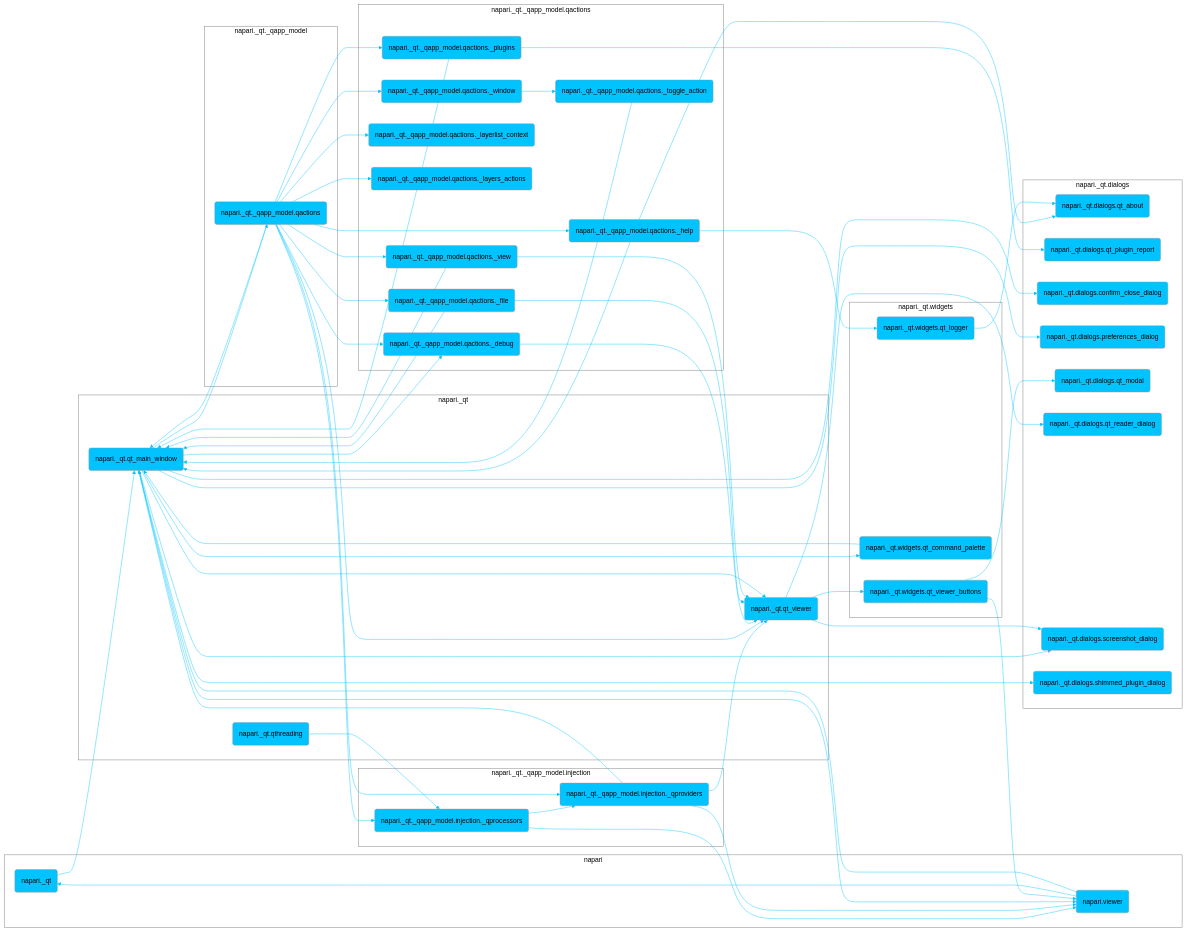
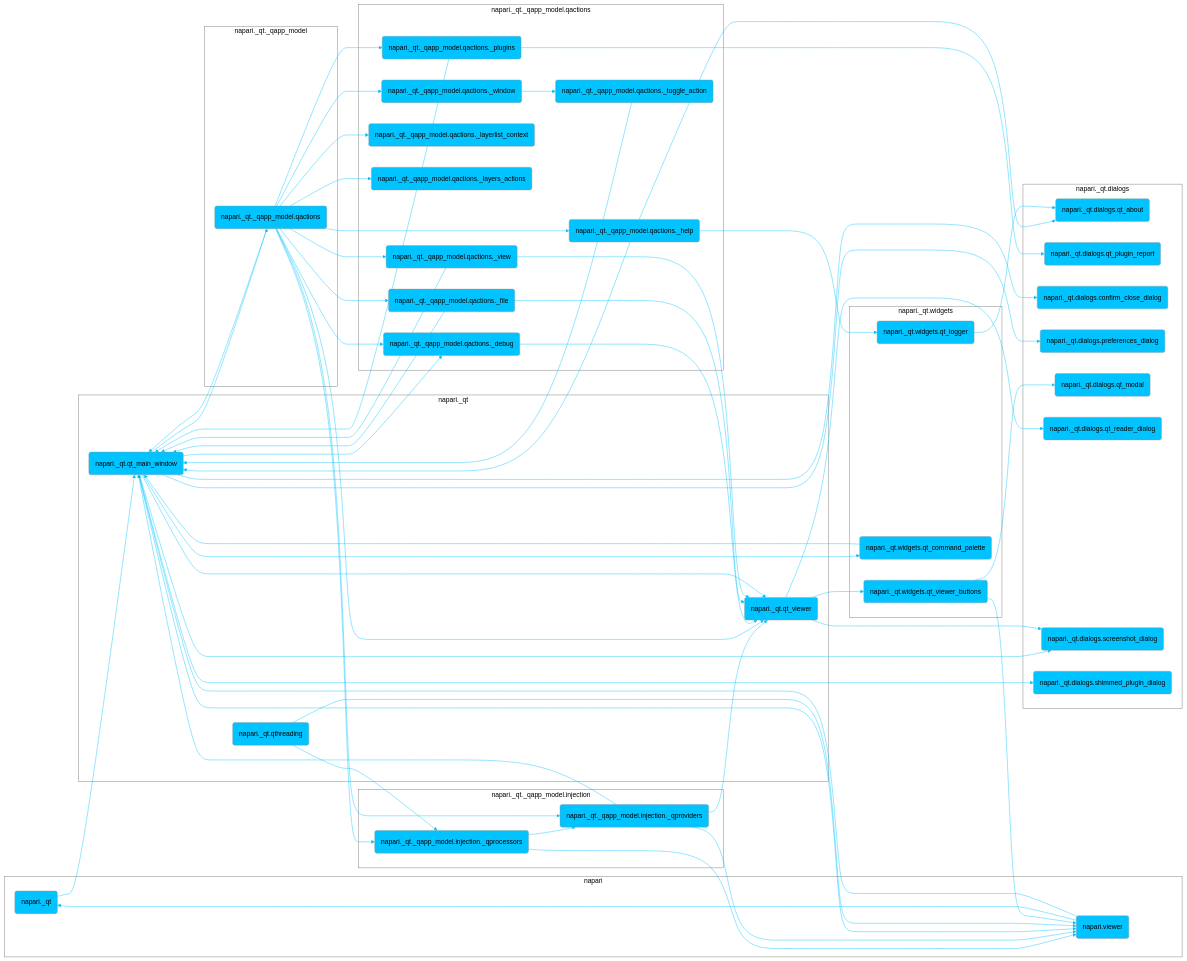
One commit to napari/napari.github.io changed the diagram in dev/_sources/developers/architecture/ui_sections/application_menus_ui.md. Above: the diagram before and after it, drawn with Mermaid (neutral theme). The commit also changed 847 other files, not shown here.

```diff
--- a/dev/_sources/developers/architecture/ui_sections/application_menus_ui.md
+++ b/dev/_sources/developers/architecture/ui_sections/application_menus_ui.md
@@ -94,6 +94,7 @@
 	click napari._qt.qt_viewer "https://github.com/napari/napari/tree/main/napari/_qt/qt_viewer.py" _blank
 	napari._qt.qthreading(napari._qt.qthreading)
 	napari._qt.qthreading --> napari._qt._qapp_model.injection._qprocessors
+	napari._qt.qthreading --> napari.viewer
 	click napari._qt.qthreading "https://github.com/napari/napari/tree/main/napari/_qt/qthreading.py" _blank
 	napari._qt.widgets.qt_command_palette(napari._qt.widgets.qt_command_palette)
 	napari._qt.widgets.qt_command_palette --> napari._qt.qt_main_window
```
